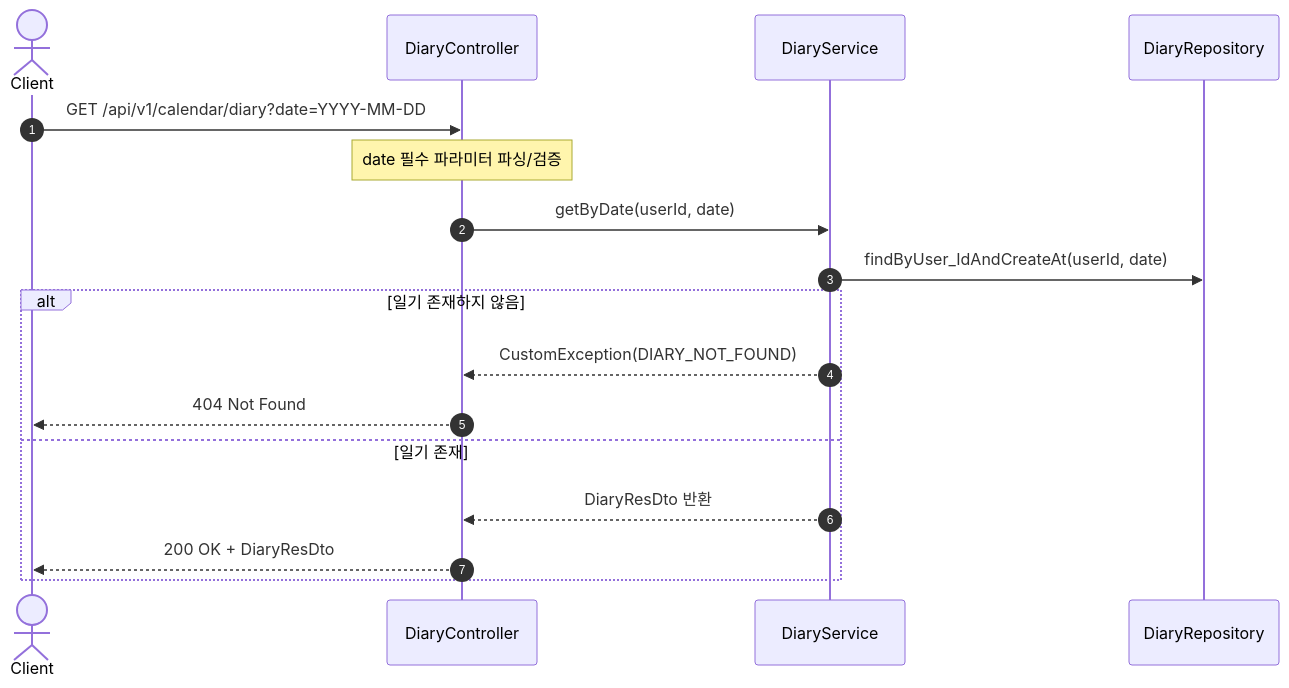
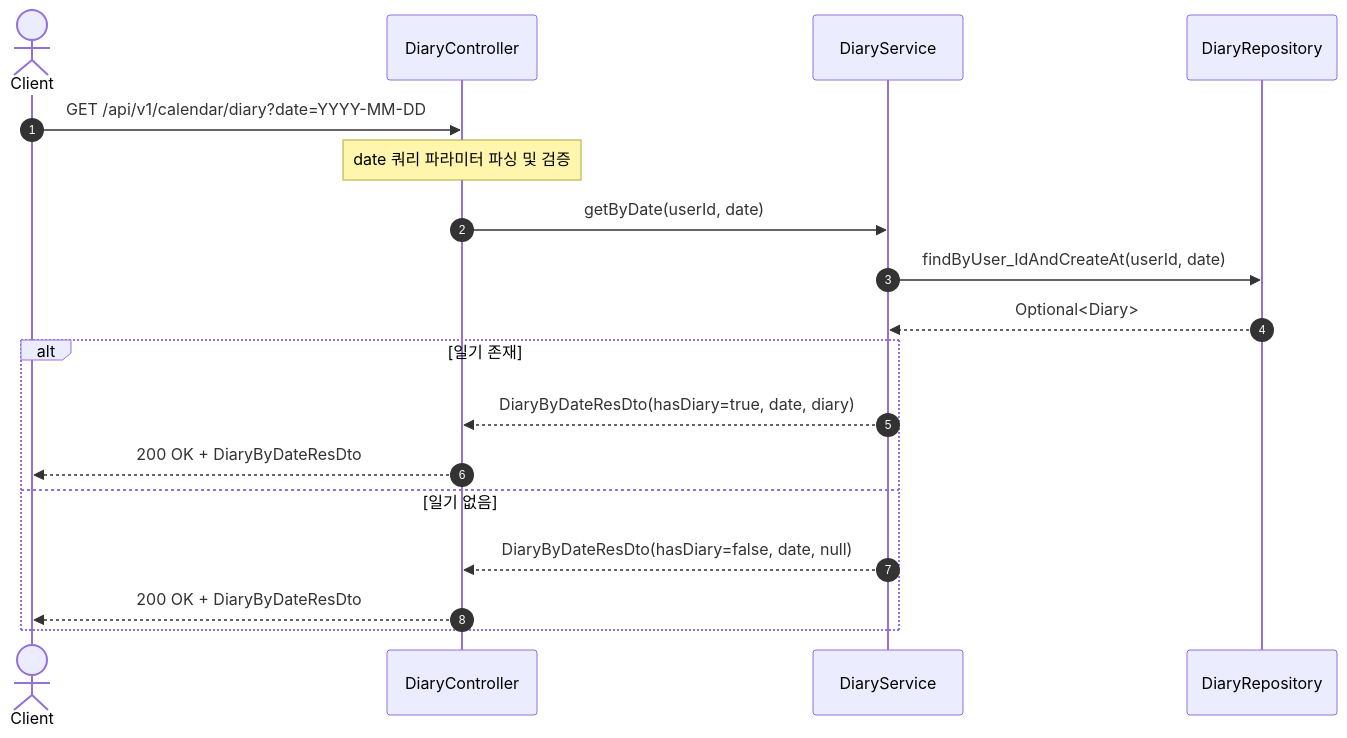
The third of 36 diagrams in SDS/4_Sequence_diagram.md (2025-YU-SE-Project/Starlet_doc), drawn with Mermaid before and after one commit. The commit also changed other lines of this file, not shown here.

Commit message:
[UPDATE] 시퀀스 다이어그램

````diff
--- a/SDS/4_Sequence_diagram.md
+++ b/SDS/4_Sequence_diagram.md
@@ -661,21 +536,23 @@
 ```mermaid
 sequenceDiagram
 autonumber
 actor Client as Client
 participant DC as DiaryController
 participant DS as DiaryService
 participant DR as DiaryRepository
 
 Client->>DC: GET /api/v1/calendar/diary?date=YYYY-MM-DD
-note over DC: date 필수 파라미터 파싱/검증
+note over DC: date 쿼리 파라미터 파싱 및 검증
 
 DC->>DS: getByDate(userId, date)
 DS->>DR: findByUser_IdAndCreateAt(userId, date)
-alt 일기 존재하지 않음
-    DS-->>DC: CustomException(DIARY_NOT_FOUND)
-    DC-->>Client: 404 Not Found
-else 일기 존재
-    DS-->>DC: DiaryResDto 반환
-    DC-->>Client: 200 OK + DiaryResDto
+DR-->>DS: Optional<Diary>
+
+alt 일기 존재
+    DS-->>DC: DiaryByDateResDto(hasDiary=true, date, diary)
+    DC-->>Client: 200 OK + DiaryByDateResDto
+else 일기 없음
+    DS-->>DC: DiaryByDateResDto(hasDiary=false, date, null)
+    DC-->>Client: 200 OK + DiaryByDateResDto
 end
 ```
````
